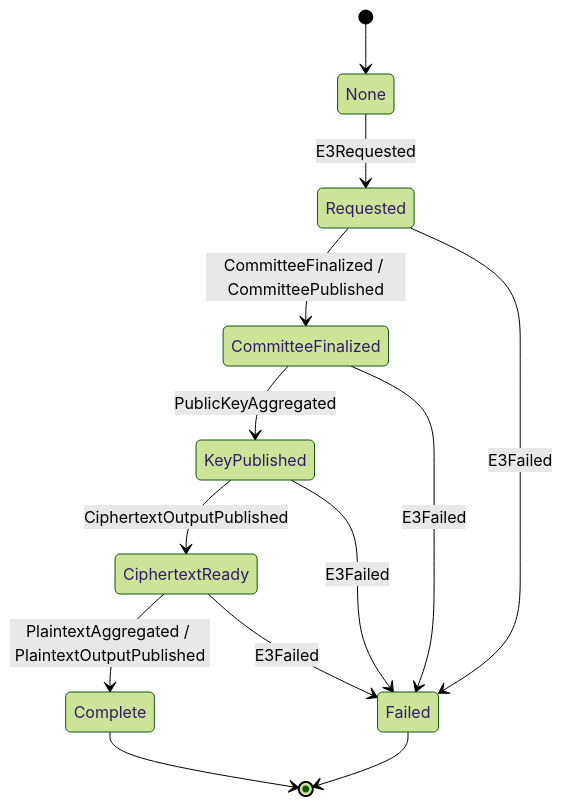
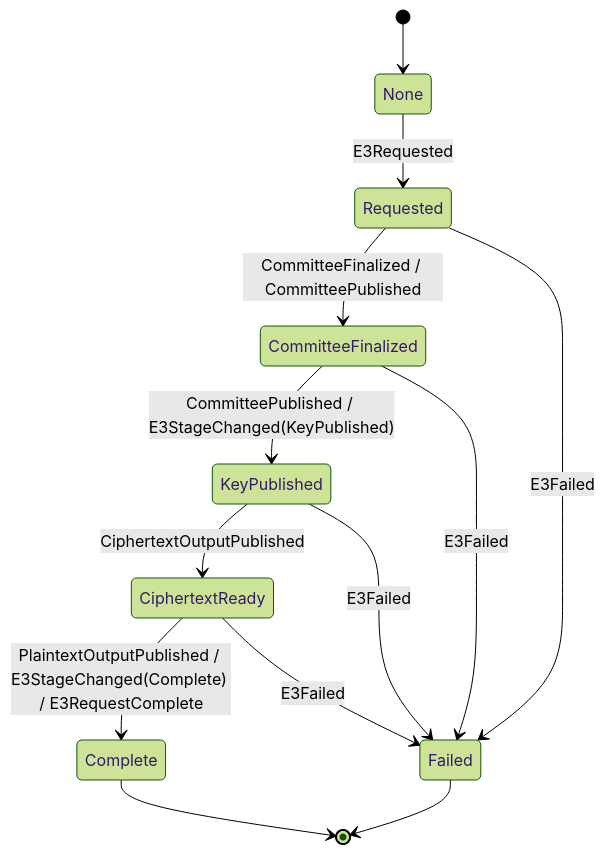
Before and after one commit to auryn-macmillan/enclave: the seventh of 15 diagrams in agent/CRATES_ARCHITECTURE.md, drawn with Mermaid (forest theme). The commit also changed other lines of this file and 114 other files, not shown here.

````diff
--- a/agent/CRATES_ARCHITECTURE.md
+++ b/agent/CRATES_ARCHITECTURE.md
@@ -473,15 +491,15 @@
 ```mermaid
 stateDiagram-v2
     [*] --> None
     None --> Requested: E3Requested
     Requested --> CommitteeFinalized: CommitteeFinalized / CommitteePublished
-    CommitteeFinalized --> KeyPublished: PublicKeyAggregated
+    CommitteeFinalized --> KeyPublished: CommitteePublished / E3StageChanged(KeyPublished)
     KeyPublished --> CiphertextReady: CiphertextOutputPublished
-    CiphertextReady --> Complete: PlaintextAggregated / PlaintextOutputPublished
+    CiphertextReady --> Complete: PlaintextOutputPublished / E3StageChanged(Complete) / E3RequestComplete
     Requested --> Failed: E3Failed
     CommitteeFinalized --> Failed: E3Failed
     KeyPublished --> Failed: E3Failed
     CiphertextReady --> Failed: E3Failed
     Complete --> [*]
     Failed --> [*]
 ```
````
